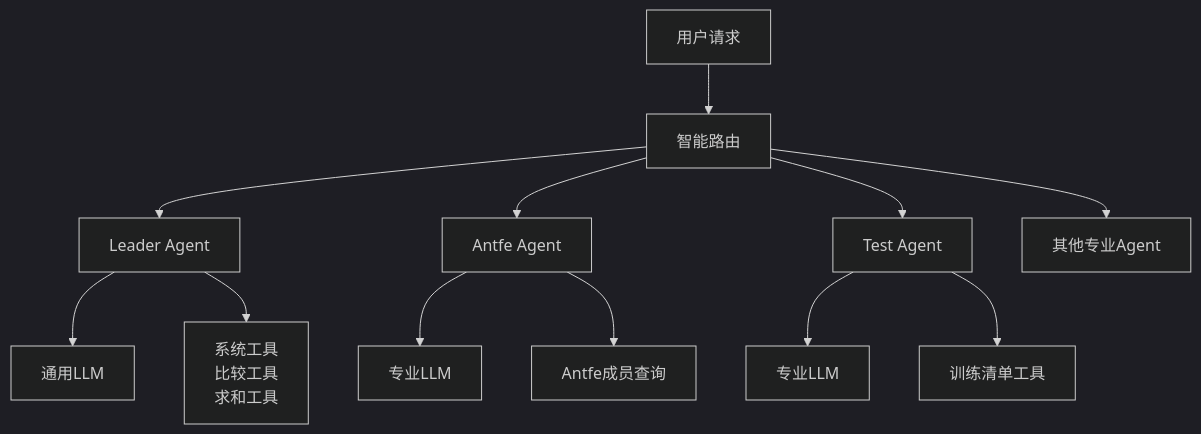
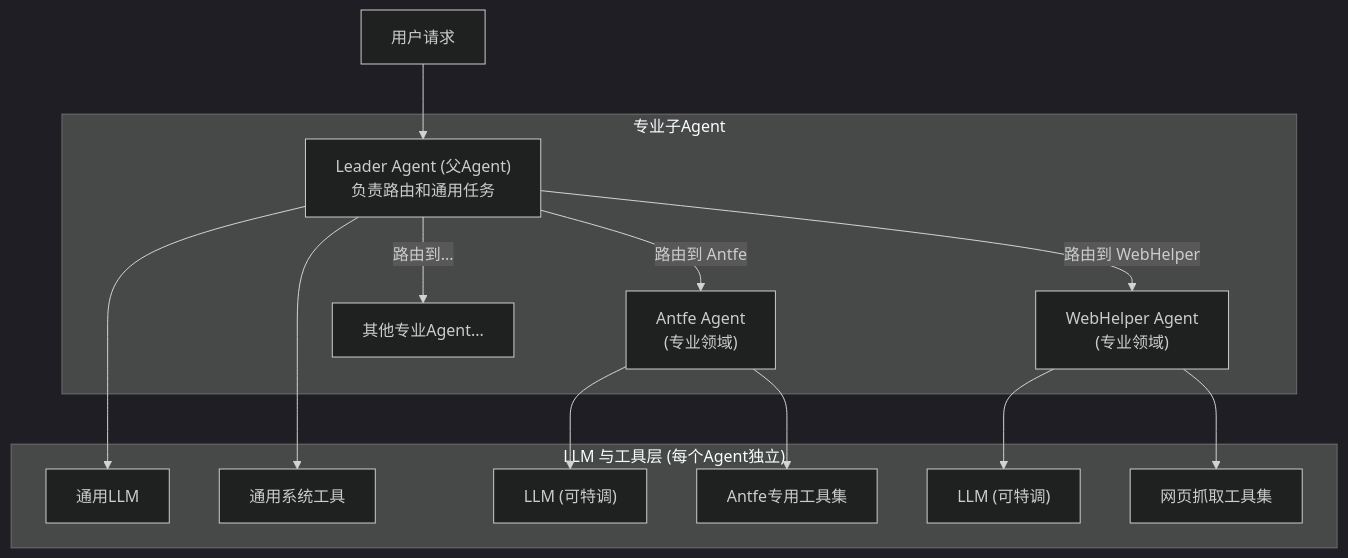
Before and after one commit to seemrcola/bot-server: the second of 2 diagrams in TEACH.md, drawn with Mermaid (dark theme). The commit also changed other lines of this file, not shown here.

````diff
--- a/TEACH.md
+++ b/TEACH.md
@@ -138,16 +138,19 @@
 ```mermaid
 graph TD
-    User["用户请求"] --> Router["智能路由"]
-    Router --> Leader["Leader Agent"]
-    Router --> AntfeAgent["Antfe Agent"]
-    Router --> TestAgent["Test Agent"]
-    Router --> OtherAgent["其他专业Agent"]
+    User["用户请求"] --> LeaderAgent["Leader Agent (父Agent)\n负责路由和通用任务"]
 
-    Leader --> LLM1["通用LLM"]
-    AntfeAgent --> LLM2["专业LLM"]
-    TestAgent --> LLM3["专业LLM"]
+    subgraph "专业子Agent"
+        LeaderAgent -- "路由到 Antfe" --> AntfeAgent["Antfe Agent\n(专业领域)"]
+        LeaderAgent -- "路由到 WebHelper" --> WebHelperAgent["WebHelper Agent\n(专业领域)"]
+        LeaderAgent -- "路由到..." --> OtherAgent["其他专业Agent..."]
+    end
 
-    Leader --> Tools1["系统工具\n比较工具\n求和工具"]
-    AntfeAgent --> Tools2["Antfe成员查询"]
-    TestAgent --> Tools3["训练清单工具"]
+    subgraph "LLM 与工具层 (每个Agent独立)"
+        LeaderAgent --> LLM1["通用LLM"]
+        LeaderAgent --> Tools1["通用系统工具"]
+        AntfeAgent --> LLM2["LLM (可特调)"]
+        AntfeAgent --> Tools2["Antfe专用工具集"]
+        WebHelperAgent --> LLM3["LLM (可特调)"]
+        WebHelperAgent --> Tools3["网页抓取工具集"]
+    end
 ```
````
